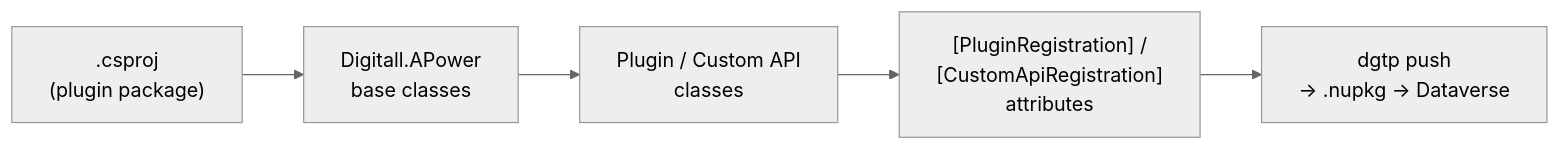
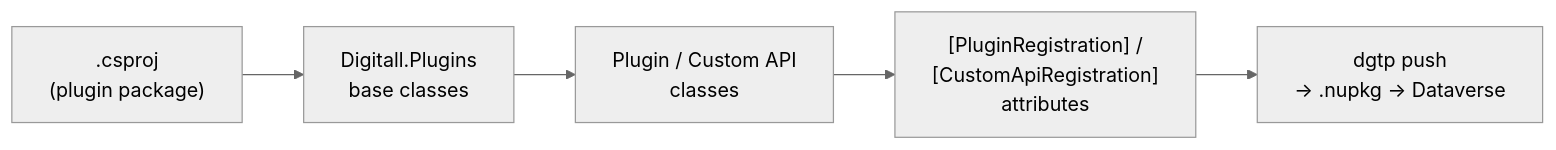
One commit to DIGITALLNature/DIGITALLNature.github.io changed the diagram in docs/coding/serverside/index.md. Above: the diagram before and after it, drawn with Mermaid (neutral theme). The commit also changed other lines of this file and 16 other files, not shown here.

````diff
--- a/docs/coding/serverside/index.md
+++ b/docs/coding/serverside/index.md
@@ -20,7 +20,7 @@
 ```mermaid
 flowchart LR
-    A[".csproj\n(plugin package)"] --> B["Digitall.APower\nbase classes"]
+    A[".csproj\n(plugin package)"] --> B["Digitall.Plugins\nbase classes"]
     B --> C["Plugin / Custom API\nclasses"]
     C --> D["[PluginRegistration] /\n[CustomApiRegistration]\nattributes"]
     D --> E["dgtp push\n→ .nupkg → Dataverse"]
 ```
````
